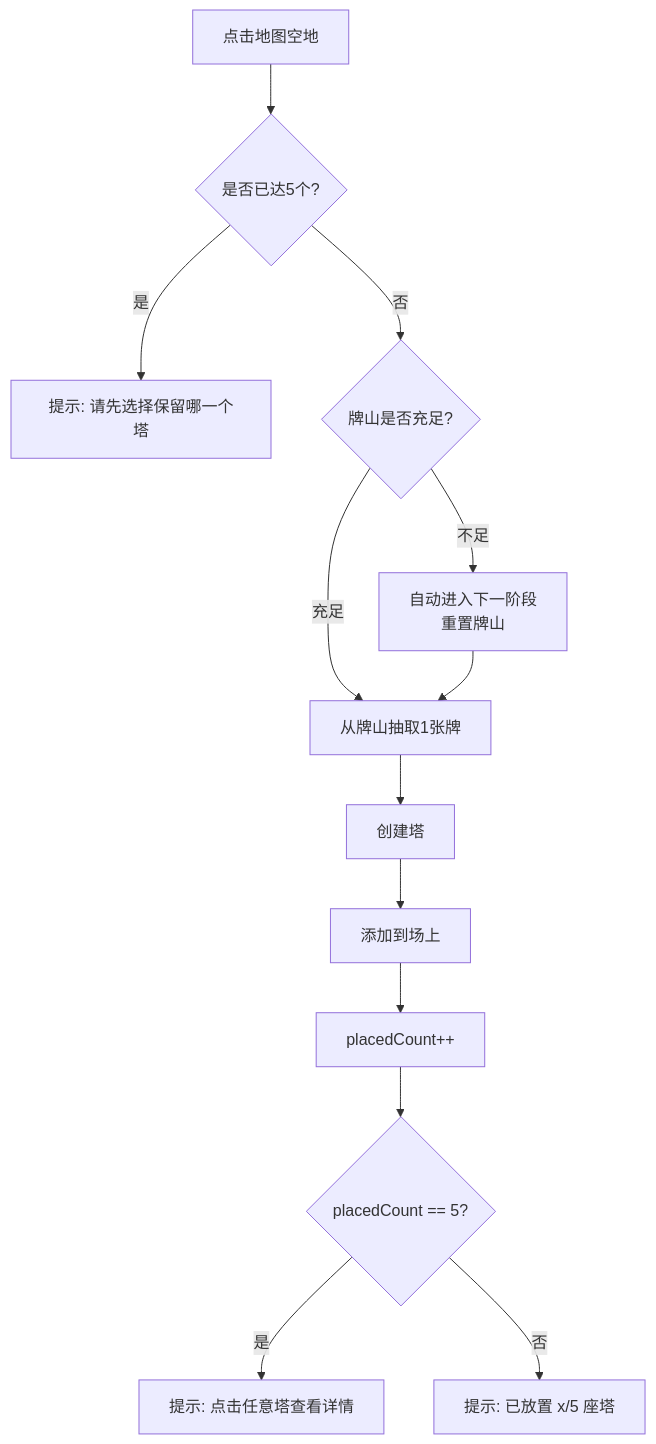
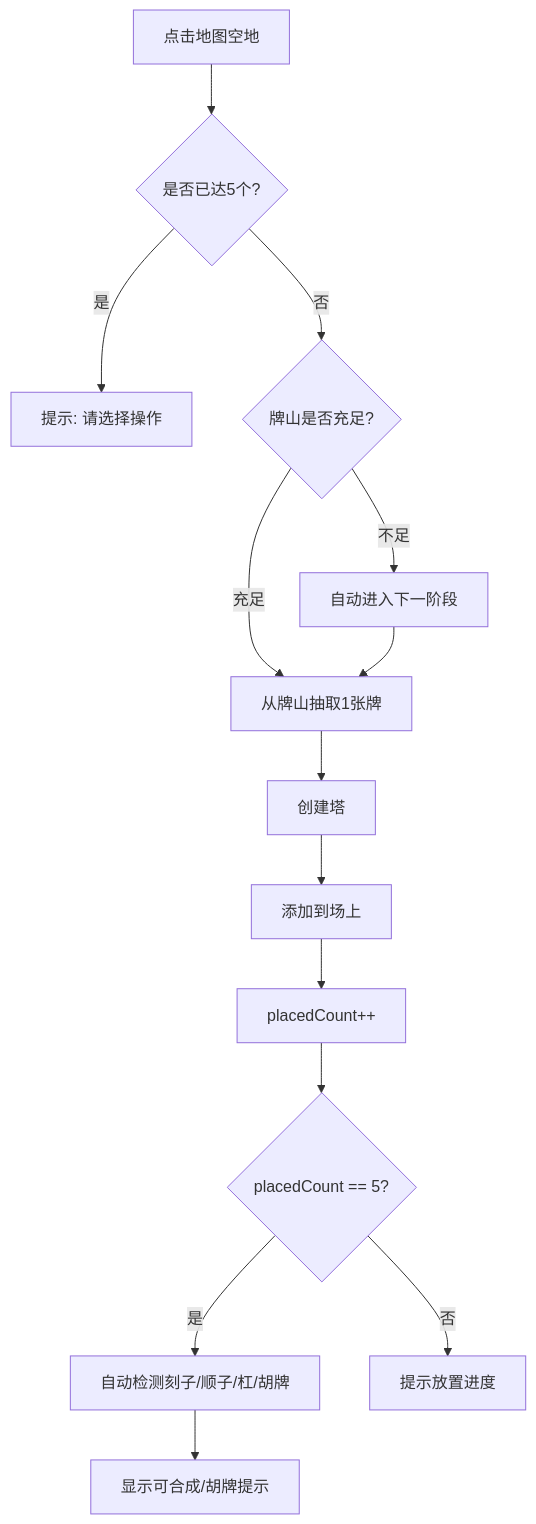
Before and after one commit to JJJJoker/mojangTD: the first of 2 diagrams in docs/SPEC.md, drawn with Mermaid. The commit also changed other lines of this file, not shown here.

````diff
--- a/docs/SPEC.md
+++ b/docs/SPEC.md
@@ -649,15 +499,16 @@
 ```mermaid
 graph TD
-    A[点击地图空地] --> B{是否已达5个?}
-    B -->|是| C[提示: 请先选择保留哪一个塔]
-    B -->|否| D{牌山是否充足?}
-    D -->|不足| E[自动进入下一阶段<br/>重置牌山]
-    D -->|充足| F[从牌山抽取1张牌]
+    A["点击地图空地"] --> B{"是否已达5个?"}
+    B -->|是| C["提示: 请选择操作"]
+    B -->|否| D{"牌山是否充足?"}
+    D -->|不足| E["自动进入下一阶段"]
+    D -->|充足| F["从牌山抽取1张牌"]
     E --> F
-    F --> G[创建塔]
-    G --> H[添加到场上]
-    H --> I[placedCount++]
-    I --> J{placedCount == 5?}
-    J -->|是| K[提示: 点击任意塔查看详情]
-    J -->|否| L[提示: 已放置 x/5 座塔]
+    F --> G["创建塔"]
+    G --> H["添加到场上"]
+    H --> I["placedCount++"]
+    I --> J{"placedCount == 5?"}
+    J -->|是| K["自动检测刻子/顺子/杠/胡牌"]
+    J -->|否| L["提示放置进度"]
+    K --> M["显示可合成/胡牌提示"]
 ```
````
